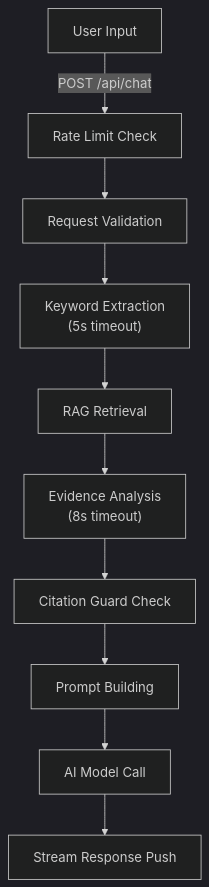
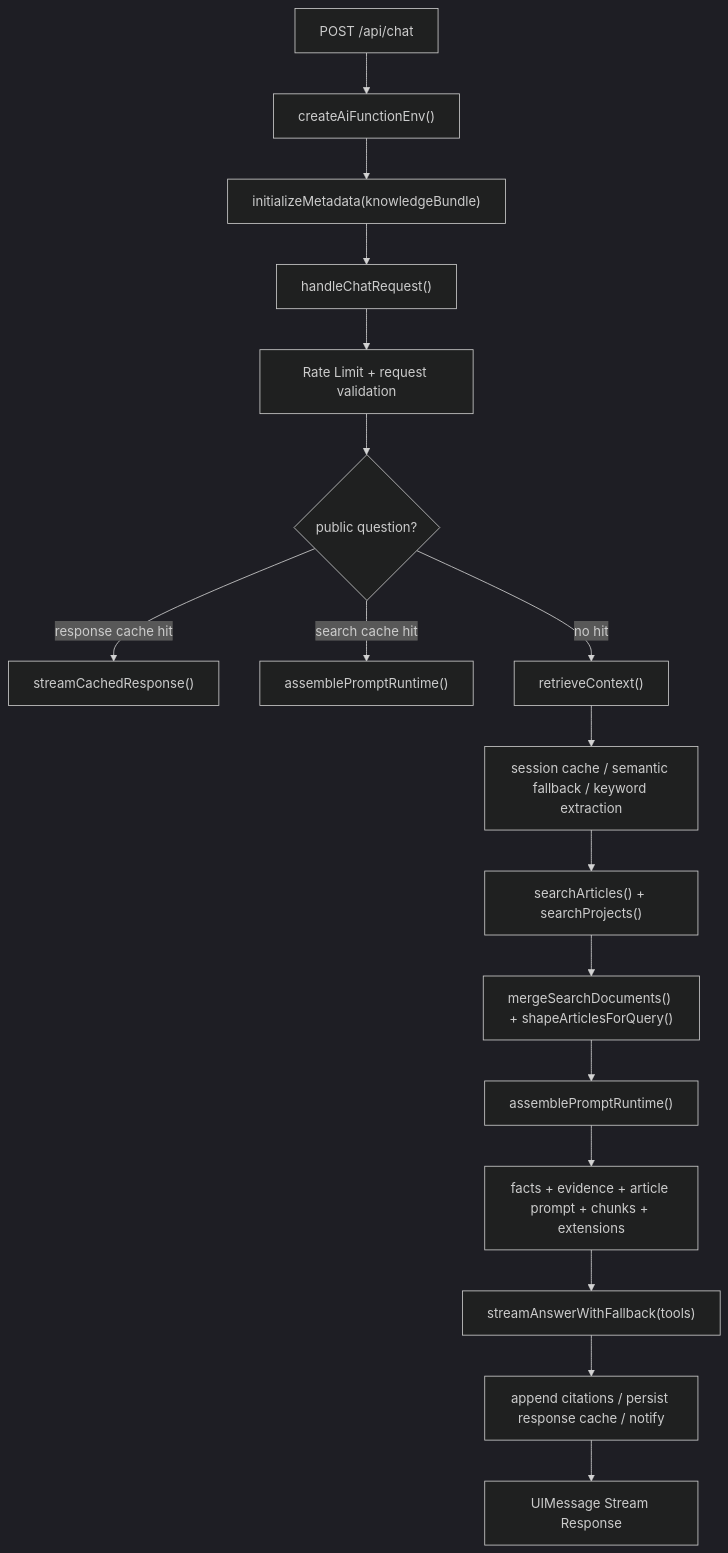
Before and after one commit to souloss/astro-minblog: the third of 11 diagrams in apps/blog/src/data/blog/en/ai-module-architecture.md, drawn with Mermaid (dark theme). The commit also changed other lines of this file, not shown here.

First line of the commit message:
docs(blog): rewrite English AI architecture deep dive

````diff
--- a/apps/blog/src/data/blog/en/ai-module-architecture.md
+++ b/apps/blog/src/data/blog/en/ai-module-architecture.md
@@ -759,12 +479,19 @@
 ```mermaid
 flowchart TB
-    A["User Input"] -->|"POST /api/chat"| B["Rate Limit Check"]
-    B --> C["Request Validation"]
-    C --> D["Keyword Extraction<br/>(5s timeout)"]
-    D --> E["RAG Retrieval"]
-    E --> F["Evidence Analysis<br/>(8s timeout)"]
-    F --> G["Citation Guard Check"]
-    G --> H["Prompt Building"]
-    H --> I["AI Model Call"]
-    I --> J["Stream Response Push"]
+    A["POST /api/chat"] --> B["createAiFunctionEnv()"]
+    B --> C["initializeMetadata(knowledgeBundle)"]
+    C --> D["handleChatRequest()"]
+    D --> E["Rate Limit + request validation"]
+    E --> F{"public question?"}
+    F -->|response cache hit| G["streamCachedResponse()"]
+    F -->|search cache hit| H["assemblePromptRuntime()"]
+    F -->|no hit| I["retrieveContext()"]
+    I --> J["session cache / semantic fallback / keyword extraction"]
+    J --> K["searchArticles() + searchProjects()"]
+    K --> L["mergeSearchDocuments() + shapeArticlesForQuery()"]
+    L --> M["assemblePromptRuntime()"]
+    M --> N["facts + evidence + article prompt + chunks + extensions"]
+    N --> O["streamAnswerWithFallback(tools)"]
+    O --> P["append citations / persist response cache / notify"]
+    P --> Q["UIMessage Stream Response"]
 ```
````
